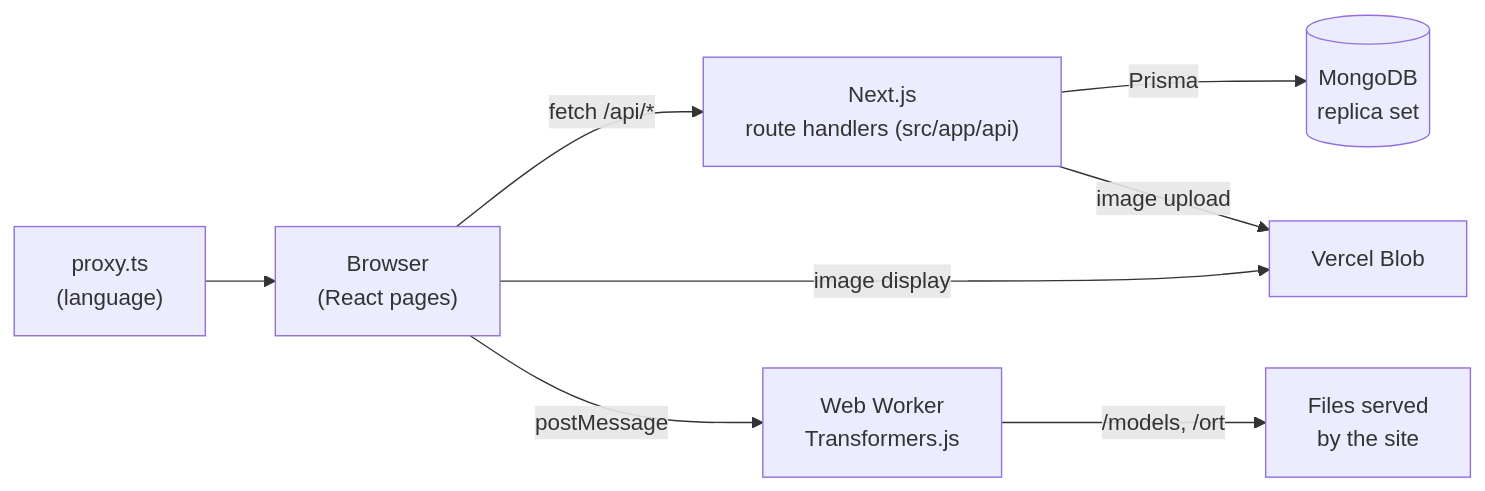
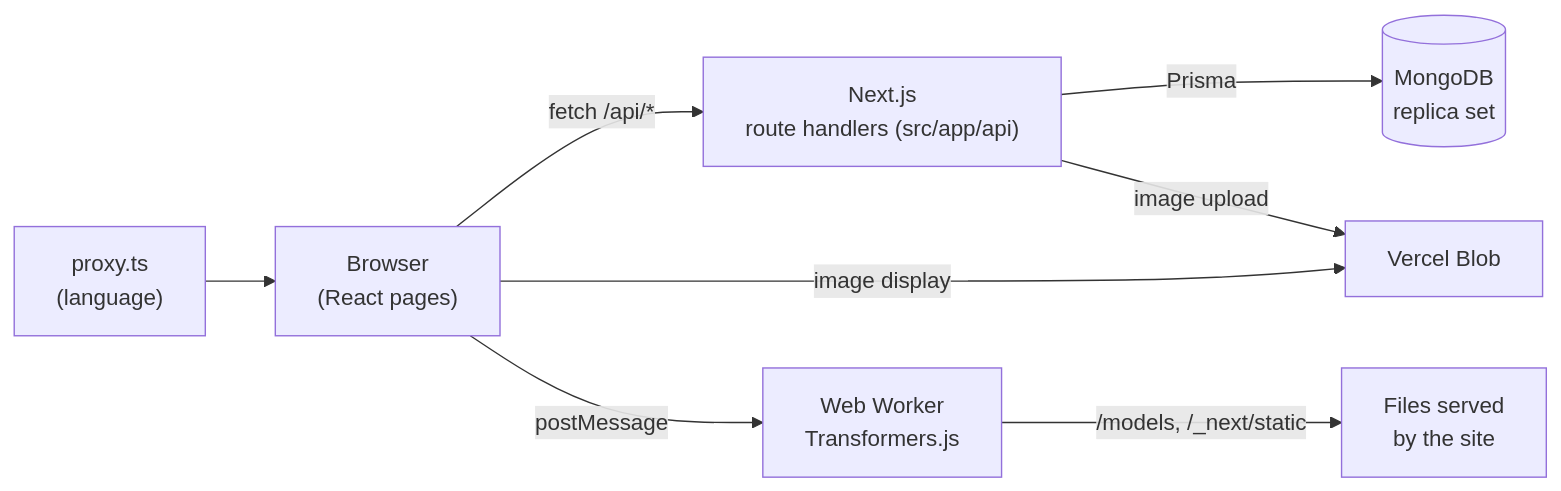
One commit to Alexandre-Gouraud/Projet-Blog-Pattes-Douces changed the first of 2 diagrams in README.md. Above: the diagram before and after it, drawn with Mermaid. The commit also changed other lines of this file and 7 other files, not shown here.

````diff
--- a/README.md
+++ b/README.md
@@ -220,10 +220,10 @@
 ```mermaid
 flowchart LR
     P["proxy.ts<br/>(language)"] --> B["Browser<br/>(React pages)"]
     B -- "fetch /api/*" --> A["Next.js<br/>route handlers (src/app/api)"]
     A -- Prisma --> M[("MongoDB<br/>replica set")]
     A -- "image upload" --> V["Vercel Blob"]
     B -- "image display" --> V
     B -- "postMessage" --> W["Web Worker<br/>Transformers.js"]
-    W -- "/models, /ort" --> S["Files served<br/>by the site"]
+    W -- "/models, /_next/static" --> S["Files served<br/>by the site"]
 ```
````
